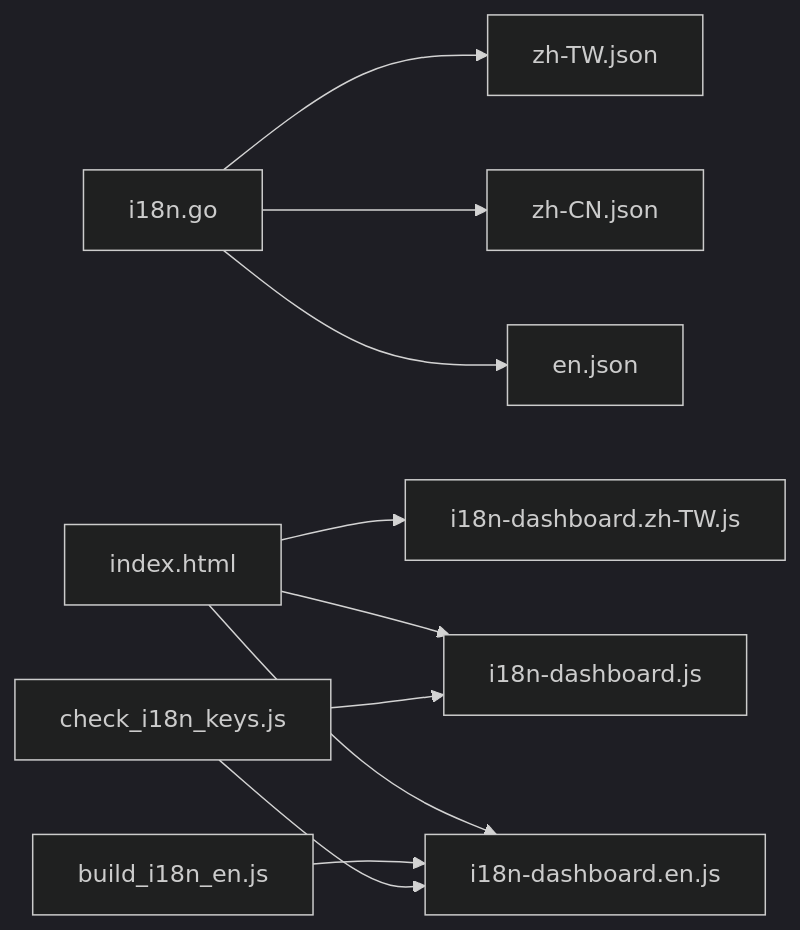
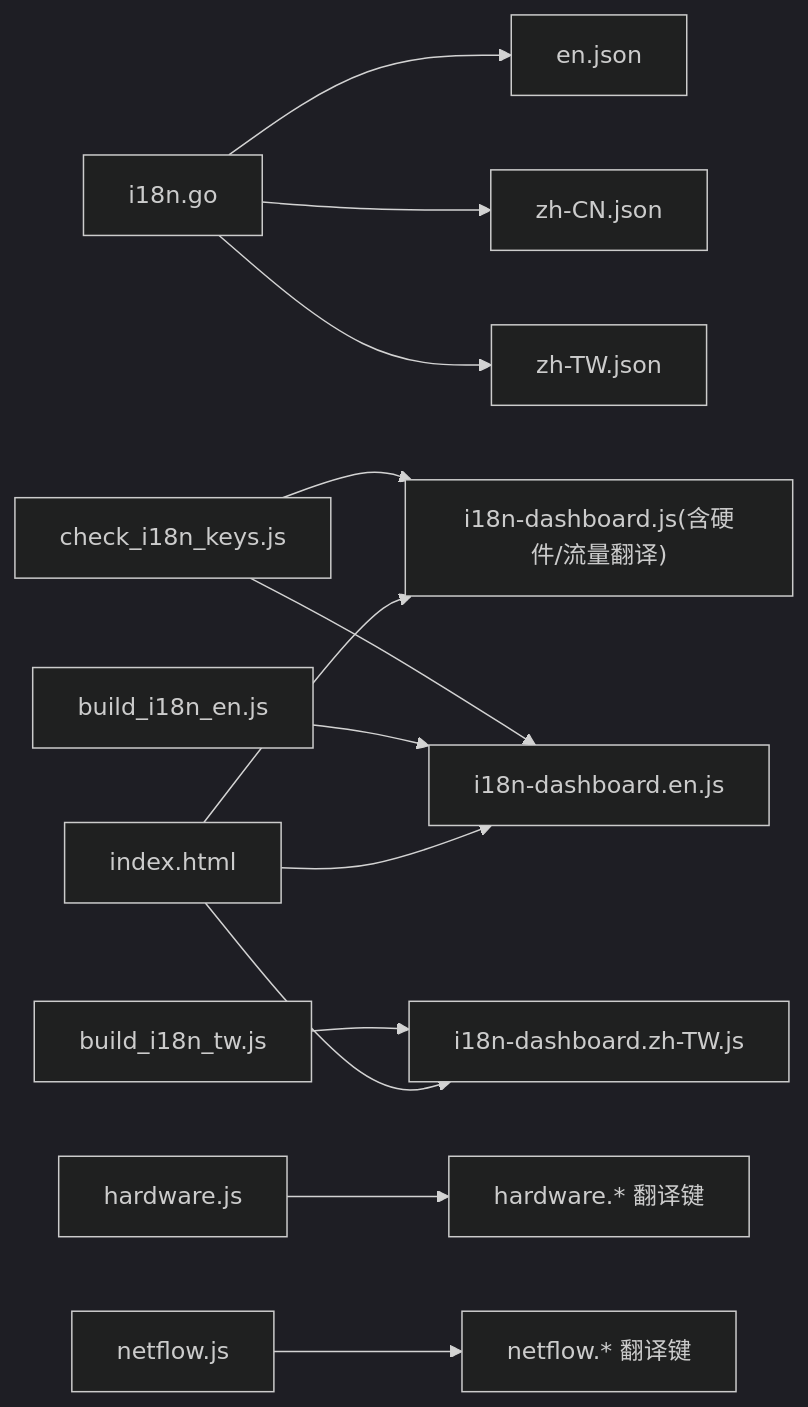
The sixth of 6 diagrams in .qoder/repowiki/zh/content/配置管理/国际化支持.md (sreyun/aiops-monitor), drawn with Mermaid (dark theme) before and after one commit. The commit also changed other lines of this file and 38 other files, not shown here.

````diff
--- a/.qoder/repowiki/zh/content/配置管理/国际化支持.md
+++ b/.qoder/repowiki/zh/content/配置管理/国际化支持.md
@@ -241,12 +284,15 @@
 ```mermaid
 graph LR
 I18N["i18n.go"] --> EN["en.json"]
 I18N --> ZH["zh-CN.json"]
 I18N --> TW["zh-TW.json"]
-HTML["index.html"] --> DICTZH["i18n-dashboard.js"]
+HTML["index.html"] --> DICTZH["i18n-dashboard.js(含硬件/流量翻译)"]
 HTML --> DICTEN["i18n-dashboard.en.js"]
 HTML --> DICTTW["i18n-dashboard.zh-TW.js"]
+HW["hardware.js"] --> HW_DICT["hardware.* 翻译键"]
+NF["netflow.js"] --> NF_DICT["netflow.* 翻译键"]
 BUILD["build_i18n_en.js"] --> DICTEN
+BUILD_TW["build_i18n_tw.js"] --> DICTTW
 CHECK["check_i18n_keys.js"] --> DICTZH
 CHECK --> DICTEN
 ```
````
